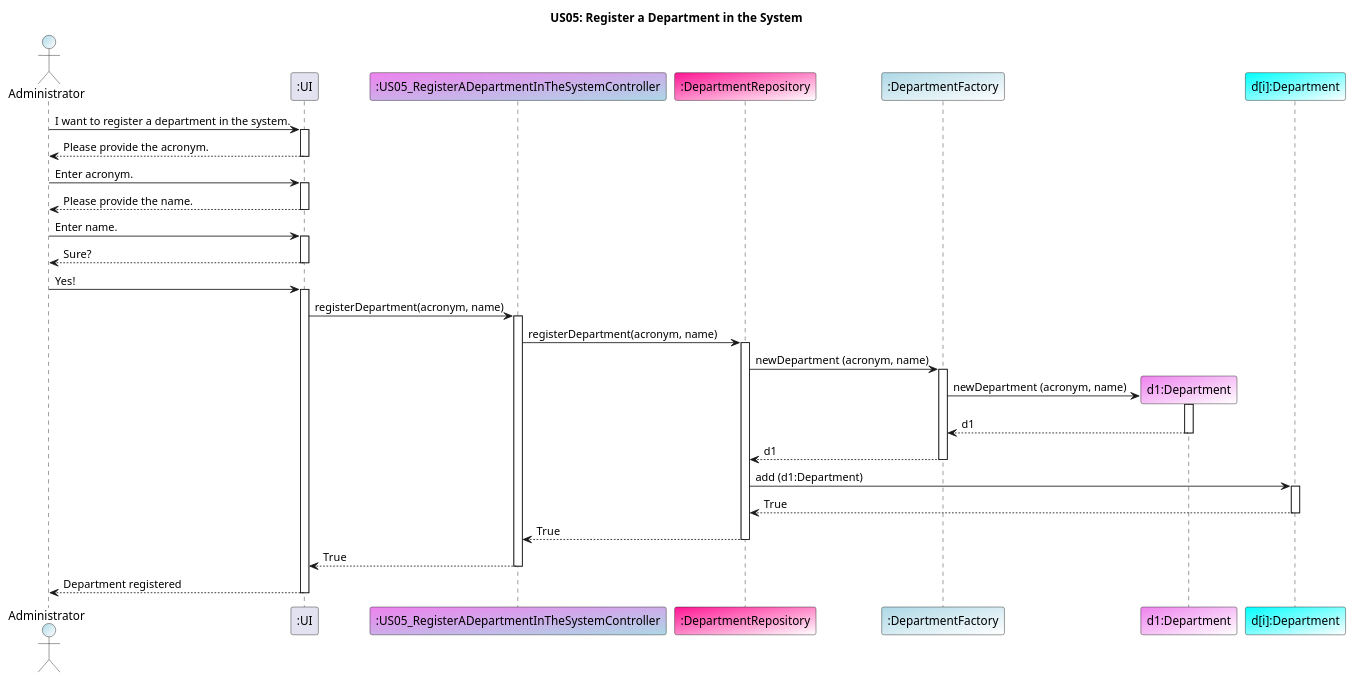
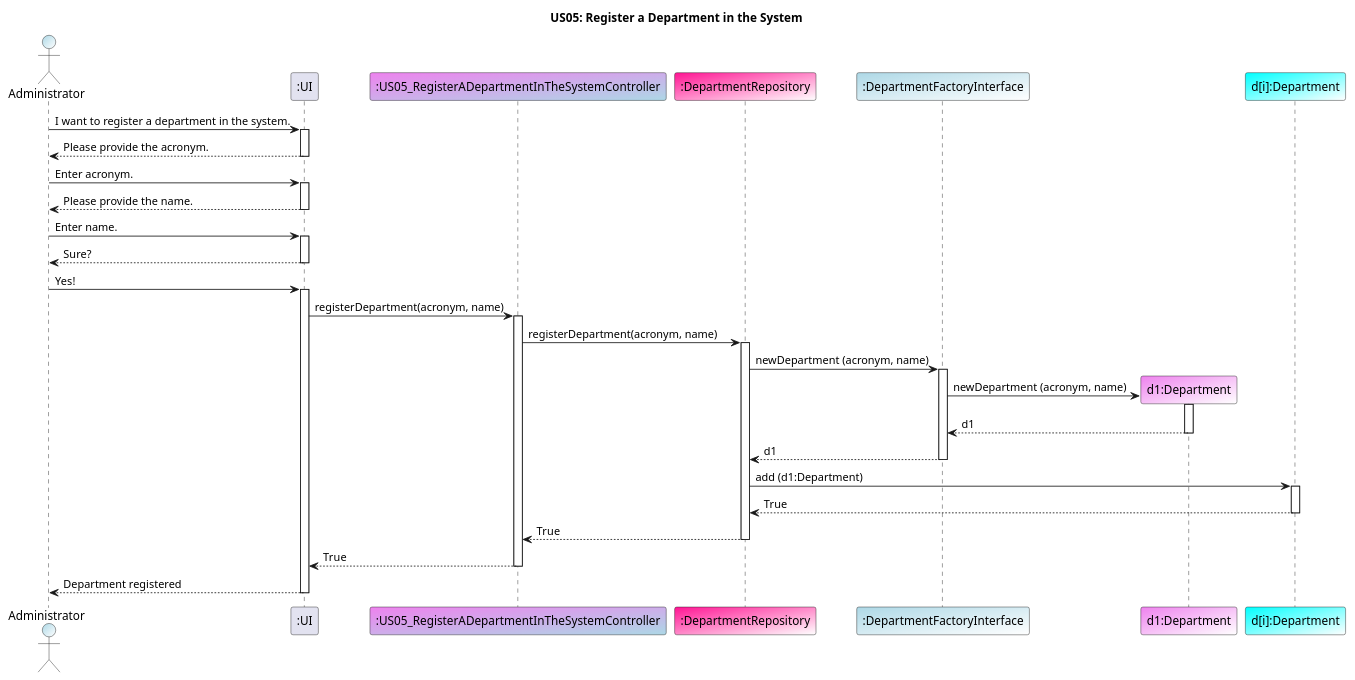
One commit to GasparISEP/DevOps-PAI changed the diagram in docs/US05/US05_DepartmentRegistrySequenceDiagram.puml. Above: the diagram before and after it, drawn with PlantUML.

Commit message:
Refactor US05 sequence diagram: Replace DepartmentFactory with DepartmentFactoryInterface

```diff
--- a/docs/US05/US05_DepartmentRegistrySequenceDiagram.puml
+++ b/docs/US05/US05_DepartmentRegistrySequenceDiagram.puml
@@ -1,54 +1,54 @@
 @startuml
 
 title US05: Register a Department in the System
 
 actor "Administrator" as Administrator #LightBlue/White
 participant ":UI" as UI
 participant ":US05_RegisterADepartmentInTheSystemController" as Controller #Violet/LightBlue
 participant ":DepartmentRepository" as DepartmentRepository #DeepPink/White
-participant ":DepartmentFactory" as DepartmentFactory #LightBlue/White
+participant ":DepartmentFactoryInterface" as DepartmentFactory #LightBlue/White
 participant "d1:Department" as Department #Violet/White
 participant "d[i]:Department" as Departmenti #Cyan/White
 
 Administrator -> UI: I want to register a department in the system.
 activate UI
 UI --> Administrator: Please provide the acronym.
 deactivate UI
 Administrator -> UI: Enter acronym.
 activate UI
 UI --> Administrator: Please provide the name.
 deactivate UI
 Administrator -> UI: Enter name.
 activate UI
 UI --> Administrator: Sure?
 deactivate UI
 Administrator -> UI: Yes!
 activate UI
 
 UI -> Controller: registerDepartment(acronym, name)
 activate Controller
 Controller -> DepartmentRepository: registerDepartment(acronym, name)
 activate DepartmentRepository
 DepartmentRepository -> DepartmentFactory: newDepartment (acronym, name)
 activate DepartmentFactory
 DepartmentFactory -> Department **: newDepartment (acronym, name)
 activate Department
 Department --> DepartmentFactory: d1
 deactivate Department
 DepartmentFactory --> DepartmentRepository: d1
 deactivate DepartmentFactory
 DepartmentRepository -> Departmenti: add (d1:Department)
 activate Departmenti
 Departmenti --> DepartmentRepository: True
 deactivate Departmenti
 DepartmentRepository --> Controller: True
 deactivate DepartmentRepository
 
 Controller --> UI: True
 deactivate Controller
 UI --> Administrator: Department registered
 deactivate UI
 
 
 
 @enduml
```
